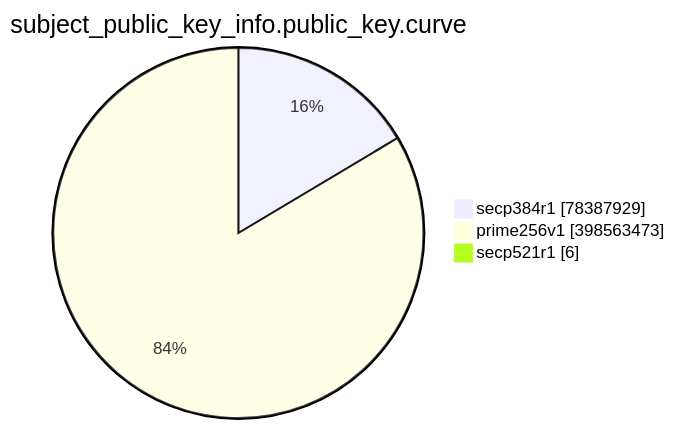
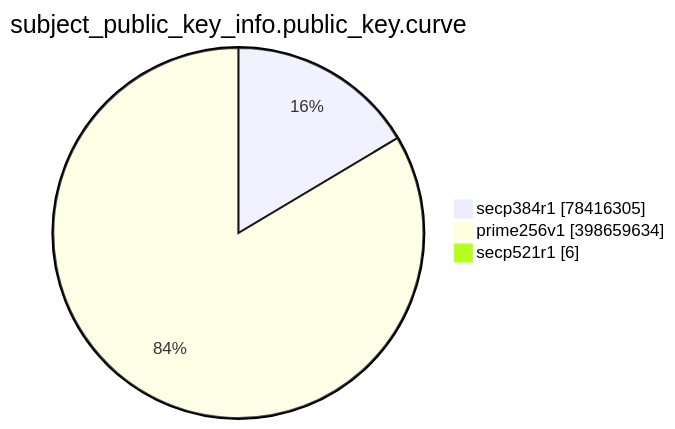
Before and after one commit to christiankrug/ctmonitor_visualization: the eighth of 15 diagrams in TOTAL/README.md, drawn with Mermaid. The commit also changed other lines of this file, not shown here.

````diff
--- a/TOTAL/README.md
+++ b/TOTAL/README.md
@@ -3095,7 +3095,7 @@
 ```mermaid
 pie showData
 title subject_public_key_info.public_key.curve
-"secp384r1" :78387929
-"prime256v1" :398563473
+"secp384r1" :78416305
+"prime256v1" :398659634
 "secp521r1" :6
 ```
````
